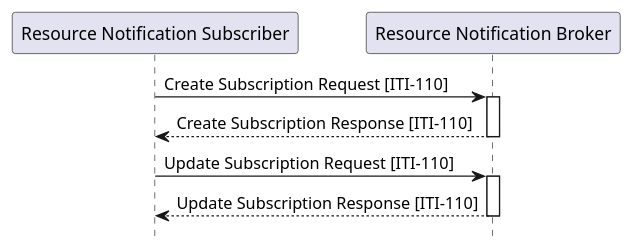
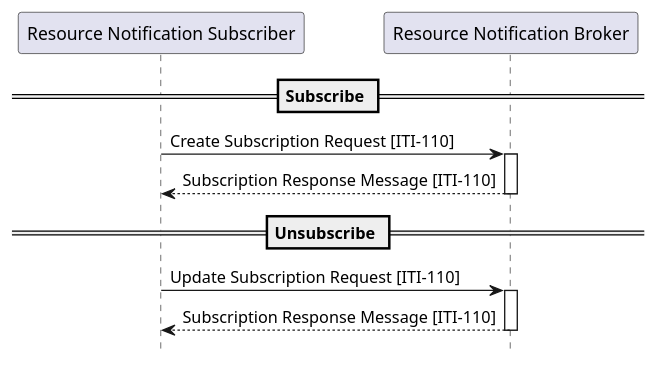
The diagram in input/images-source/ITI-110-seq.plantuml (IHE/ITI.DSUBm), drawn with PlantUML before and after one commit. The commit also changed 4 other files, not shown here.

```diff
--- a/input/images-source/ITI-110-seq.plantuml
+++ b/input/images-source/ITI-110-seq.plantuml
@@ -1,29 +1,31 @@
 @startuml
 hide footbox
 participant "Resource Notification Subscriber" as  Subscriber
 participant "Resource Notification Broker" as  Broker
 
+
+== Subscribe ==
 Subscriber -> Broker : Create Subscription Request [ITI-110]
 activate Broker
 /'
 participant "Resource Notification Recipient" as  Recipient
 opt handskake HTTPS   
   Broker -> Recipient: Handshake Notification
   alt Handshake Success
   Recipient -> Broker: 200 OK 
   else Handshake Failure
   Recipient ->Broker: 404 Not Found
   end
 end
 '/
-Broker --> Subscriber :Create Subscription Response [ITI-110]
+Broker --> Subscriber : Subscription Response Message [ITI-110]
 deactivate Broker
 
-
+== Unsubscribe ==
 Subscriber -> Broker: Update Subscription Request [ITI-110]
 
 activate Broker
-Broker --> Subscriber: Update Subscription Response [ITI-110]
+Broker --> Subscriber: Subscription Response Message [ITI-110]
 deactivate Broker
 
 @enduml
```
